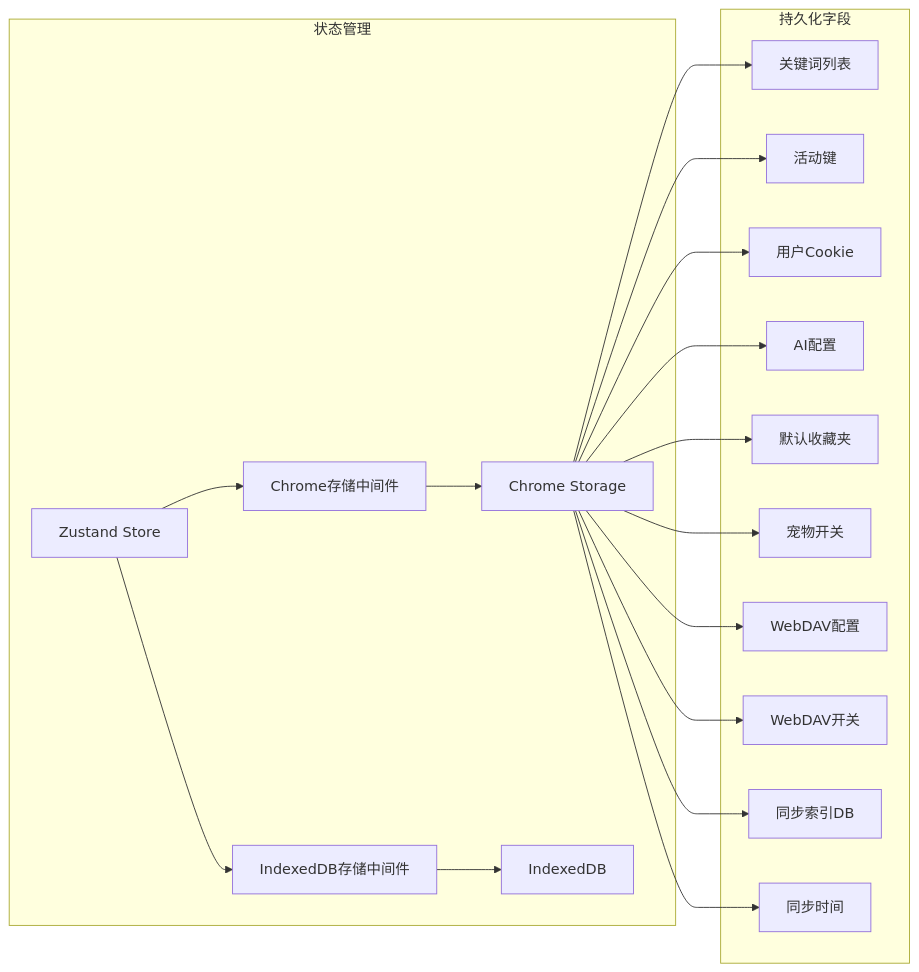
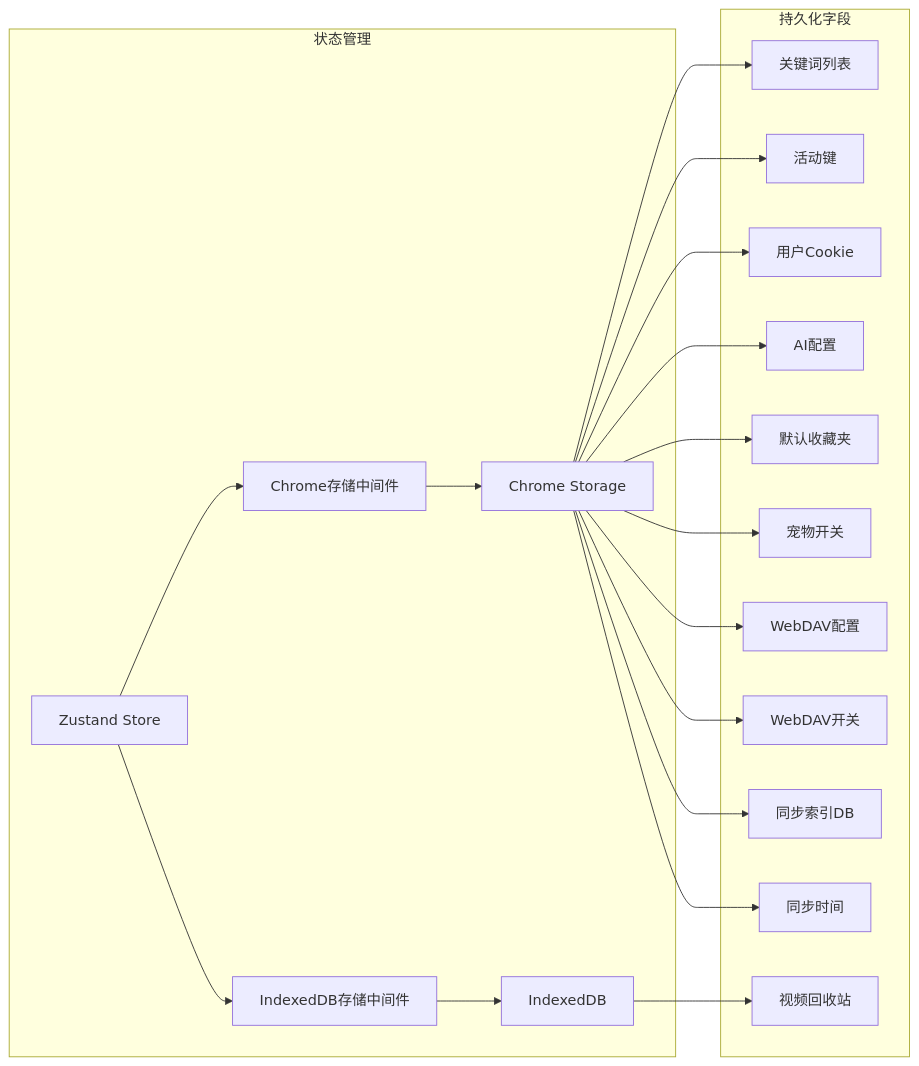
One commit to RadiumAg/bilibili-favorites changed diagram 15 of 17 in .qoder/repowiki/zh/content/核心功能模块/WebDAV云同步系统.md. Above: the diagram before and after it, drawn with Mermaid. The commit also changed other lines of this file and 47 other files, not shown here.

````diff
--- a/.qoder/repowiki/zh/content/核心功能模块/WebDAV云同步系统.md
+++ b/.qoder/repowiki/zh/content/核心功能模块/WebDAV云同步系统.md
@@ -418,36 +546,38 @@
 ```mermaid
 graph LR
 subgraph "状态管理"
 Zustand[Zustand Store]
 ChromeMiddleware[Chrome存储中间件]
 IndexedDBMiddleware[IndexedDB存储中间件]
 ChromeStorage[Chrome Storage]
 IndexedDB[IndexedDB]
 end
 subgraph "持久化字段"
 Keyword[关键词列表]
 ActiveKey[活动键]
 Cookie[用户Cookie]
 AIConfig[AI配置]
 DefaultFav[默认收藏夹]
 PetEnabled[宠物开关]
 WebDAVConfig[WebDAV配置]
 WebDAVEnabled[WebDAV开关]
 WebDAVSync[同步索引DB]
 WebDAVTime[同步时间]
+VideoTrash[视频回收站]
 end
 Zustand --> ChromeMiddleware
 Zustand --> IndexedDBMiddleware
 ChromeMiddleware --> ChromeStorage
 IndexedDBMiddleware --> IndexedDB
 ChromeStorage --> Keyword
 ChromeStorage --> ActiveKey
 ChromeStorage --> Cookie
 ChromeStorage --> AIConfig
 ChromeStorage --> DefaultFav
 ChromeStorage --> PetEnabled
 ChromeStorage --> WebDAVConfig
 ChromeStorage --> WebDAVEnabled
 ChromeStorage --> WebDAVSync
 ChromeStorage --> WebDAVTime
+IndexedDB --> VideoTrash
 ```
````
